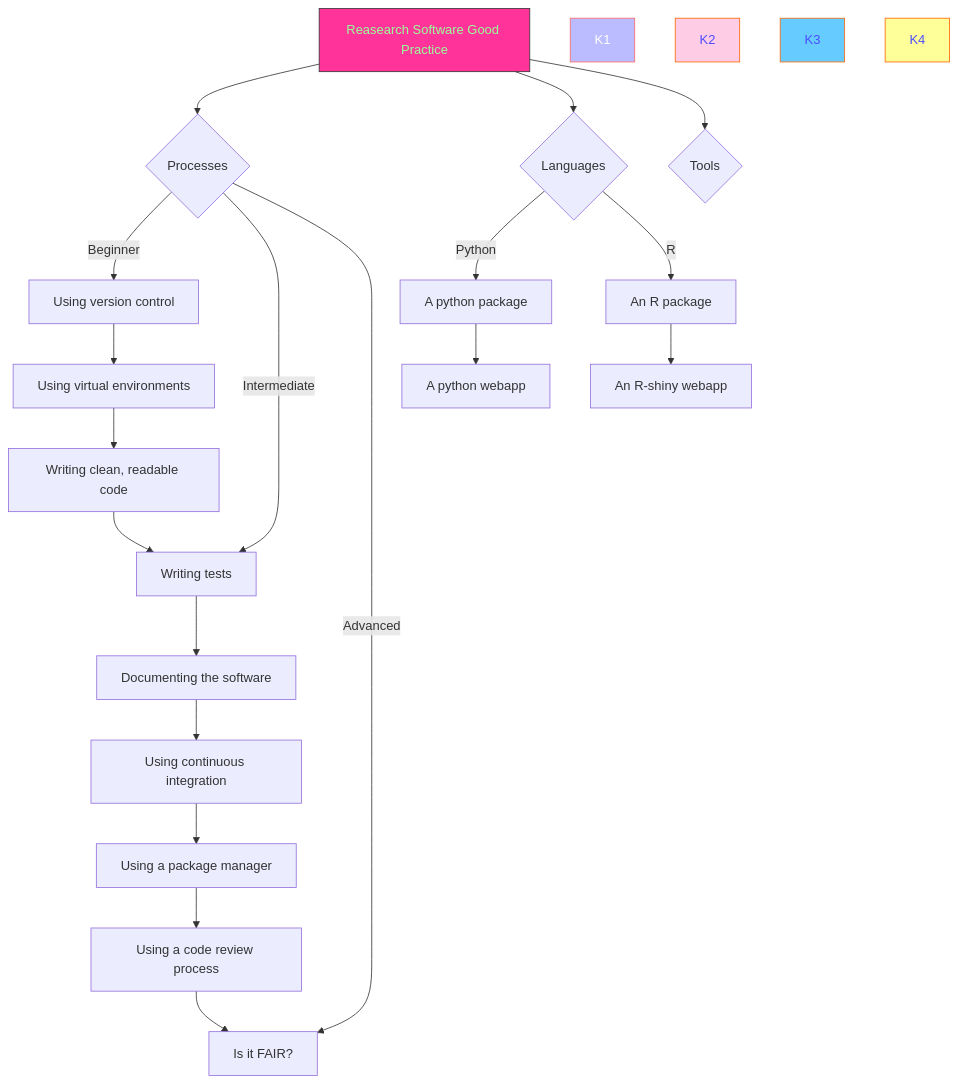
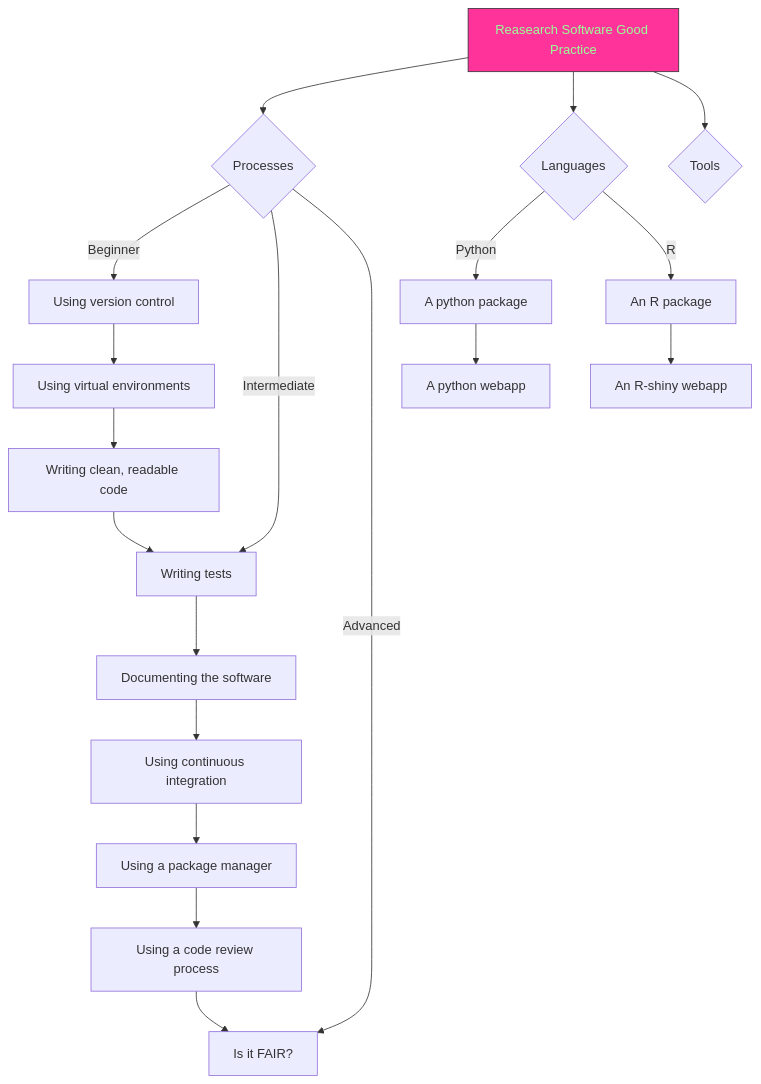
The second of 2 diagrams in docs/index.md (ICR-SC/good-practice), drawn with Mermaid before and after one commit. The commit also changed other lines of this file, not shown here.

````diff
--- a/docs/index.md
+++ b/docs/index.md
@@ -19,28 +18,23 @@
 ``` mermaid
 graph TD  
   A[Reasearch Software Good Practice] --> B{Processes};
   B -->|Beginner| C[Using version control];
   C --> D[Using virtual environments];
   D --> E[Writing clean, readable code];
   E --> F[Writing tests];
   B ---->|Intermediate| F;
   F --> G[Documenting the software];
   G --> H[Using continuous integration];
   H --> I[Using a package manager];
   I --> J[Using a code review process];
   J --> K[Is it FAIR?];
   B ---->|Advanced| K;
   A --> EB{Languages};
   EB --> |Python| PA[A python package];
   PA --> PB[A python webapp];
   EB --> |R| RA[An R package];
   RA --> RB[An R-shiny webapp];
   A --> TA{Tools};
   click K1 "https://www.github.com" "This is a tooltip for a link"
   style A fill:#ff3399,stroke:#333,stroke-width:1px,color:#99ff99
-  style K1 fill:#bbf,stroke:#f66,stroke-width:1px,color:#fff
-  style K2 fill:#ffcce6,stroke:#ff6600,stroke-width:1px,color:#4d4dff
-  style K3 fill:#66ccff,stroke:#ff6600,stroke-width:1px,color:#4d4dff
-  style K4 fill:#ffff99,stroke:#ff6600,stroke-width:1px,color:#4d4dff
-  
 ```
````
